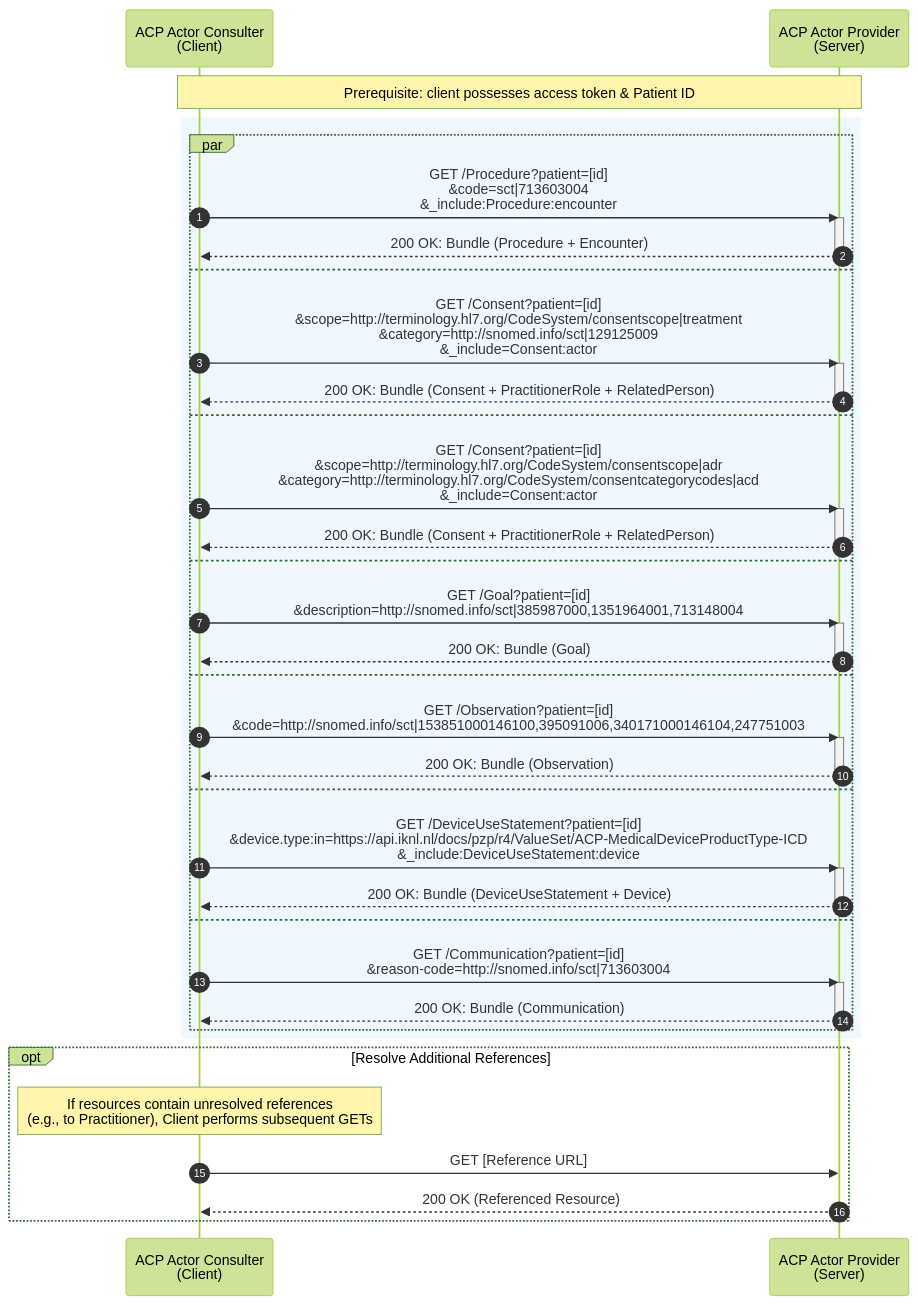
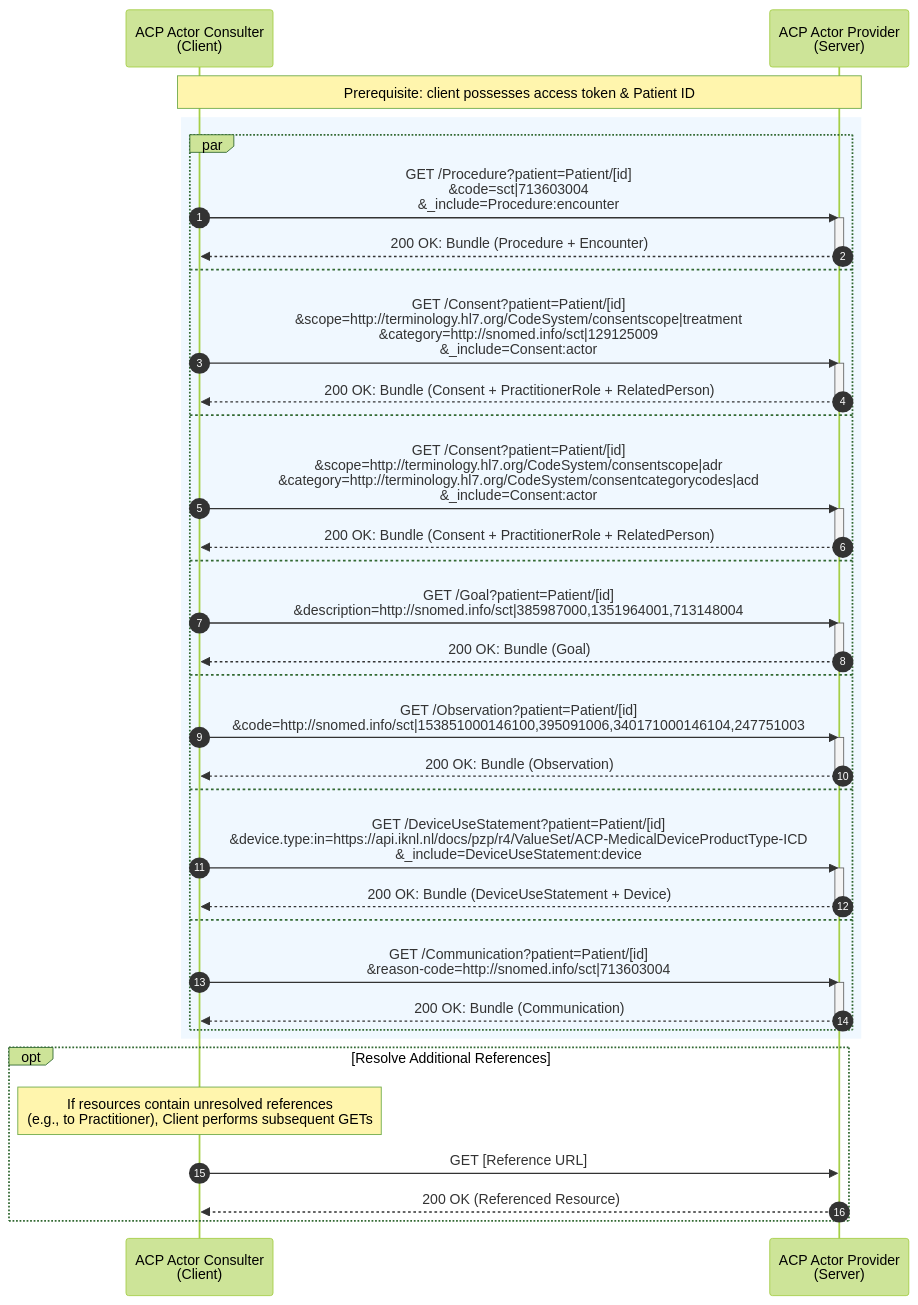
One commit to IKNL/PZP-FHIR-R4 changed the diagram in input/includes/fhir-data-exchange-individual-resources-mermaid-diagram.md. Above: the diagram before and after it, drawn with Mermaid (forest theme). The commit also changed 1 other file, not shown here.

```diff
--- a/input/includes/fhir-data-exchange-individual-resources-mermaid-diagram.md
+++ b/input/includes/fhir-data-exchange-individual-resources-mermaid-diagram.md
@@ -1,63 +1,63 @@
 <div class="mermaid" style="height: 800px; overflow: visible;">
 
 sequenceDiagram
     autonumber
     participant C as ACP Actor Consulter<br>(Client)
     participant S as ACP Actor Provider<br>(Server)
 
     note over C, S: Prerequisite: client possesses access token & Patient ID
 
     rect rgb(240, 248, 255)
   
         par 
             %% 1. Procedures
-            C->>S: GET /Procedure?patient=[id]<br>&code=sct|713603004<br>&_include:Procedure:encounter
+            C->>S: GET /Procedure?patient=Patient/[id]<br>&code=sct|713603004<br>&_include=Procedure:encounter
             activate S
             S-->>C: 200 OK: Bundle (Procedure + Encounter)
             deactivate S
         and
             %% 2. Consent (TreatmentDirective)
-            C->>S: GET /Consent?patient=[id]<br>&scope=http://terminology.hl7.org/CodeSystem/consentscope|treatment<br>&category=http://snomed.info/sct|129125009<br>&_include=Consent:actor
+            C->>S: GET /Consent?patient=Patient/[id]<br>&scope=http://terminology.hl7.org/CodeSystem/consentscope|treatment<br>&category=http://snomed.info/sct|129125009<br>&_include=Consent:actor
             activate S
             S-->>C: 200 OK: Bundle (Consent + PractitionerRole + RelatedPerson)
             deactivate S
         and
             %% 3. Consent (AdvanceCareDirective)
-            C->>S: GET /Consent?patient=[id]<br>&scope=http://terminology.hl7.org/CodeSystem/consentscope|adr<br>&category=http://terminology.hl7.org/CodeSystem/consentcategorycodes|acd<br>&_include=Consent:actor
+            C->>S: GET /Consent?patient=Patient/[id]<br>&scope=http://terminology.hl7.org/CodeSystem/consentscope|adr<br>&category=http://terminology.hl7.org/CodeSystem/consentcategorycodes|acd<br>&_include=Consent:actor
             activate S
             S-->>C: 200 OK: Bundle (Consent + PractitionerRole + RelatedPerson)
             deactivate S
         and
             %% 4. Goals
-            C->>S: GET /Goal?patient=[id]<br>&description=http://snomed.info/sct|385987000,1351964001,713148004
+            C->>S: GET /Goal?patient=Patient/[id]<br>&description=http://snomed.info/sct|385987000,1351964001,713148004
             activate S
             S-->>C: 200 OK: Bundle (Goal)
             deactivate S
         and
             %% 5. Observations
-            C->>S: GET /Observation?patient=[id]<br>&code=http://snomed.info/sct|153851000146100,395091006,340171000146104,247751003
+            C->>S: GET /Observation?patient=Patient/[id]<br>&code=http://snomed.info/sct|153851000146100,395091006,340171000146104,247751003
             activate S
             S-->>C: 200 OK: Bundle (Observation)
             deactivate S
         and
             %% 6. Devices
-            C->>S: GET /DeviceUseStatement?patient=[id]<br>&device.type:in=https://api.iknl.nl/docs/pzp/r4/ValueSet/ACP-MedicalDeviceProductType-ICD<br>&_include:DeviceUseStatement:device
+            C->>S: GET /DeviceUseStatement?patient=Patient/[id]<br>&device.type:in=https://api.iknl.nl/docs/pzp/r4/ValueSet/ACP-MedicalDeviceProductType-ICD<br>&_include=DeviceUseStatement:device
             activate S
             S-->>C: 200 OK: Bundle (DeviceUseStatement + Device)
             deactivate S
         and
             %% 7. Communication
-            C->>S: GET /Communication?patient=[id]<br>&reason-code=http://snomed.info/sct|713603004
+            C->>S: GET /Communication?patient=Patient/[id]<br>&reason-code=http://snomed.info/sct|713603004
             activate S
             S-->>C: 200 OK: Bundle (Communication)
             deactivate S
         end
     end
 
     opt Resolve Additional References
         note over C: If resources contain unresolved references<br>(e.g., to Practitioner), Client performs subsequent GETs
         C->>S: GET [Reference URL]
         S-->>C: 200 OK (Referenced Resource)
     end
 
 </div>
```
